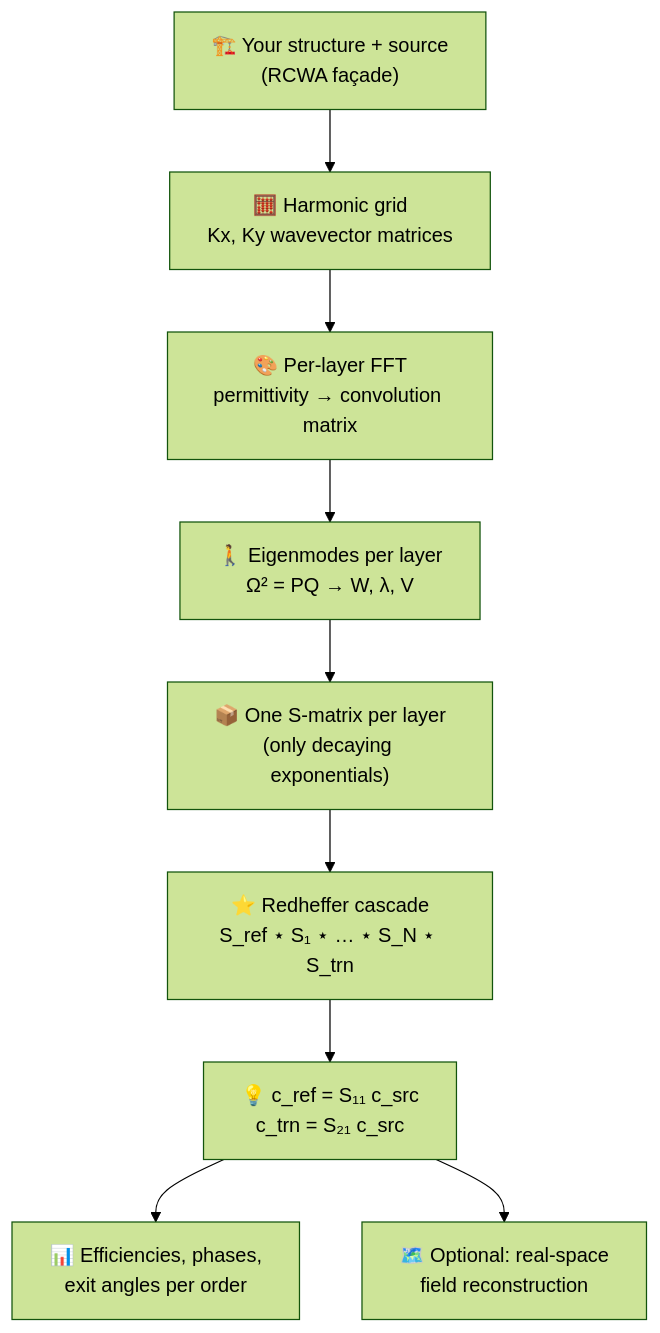
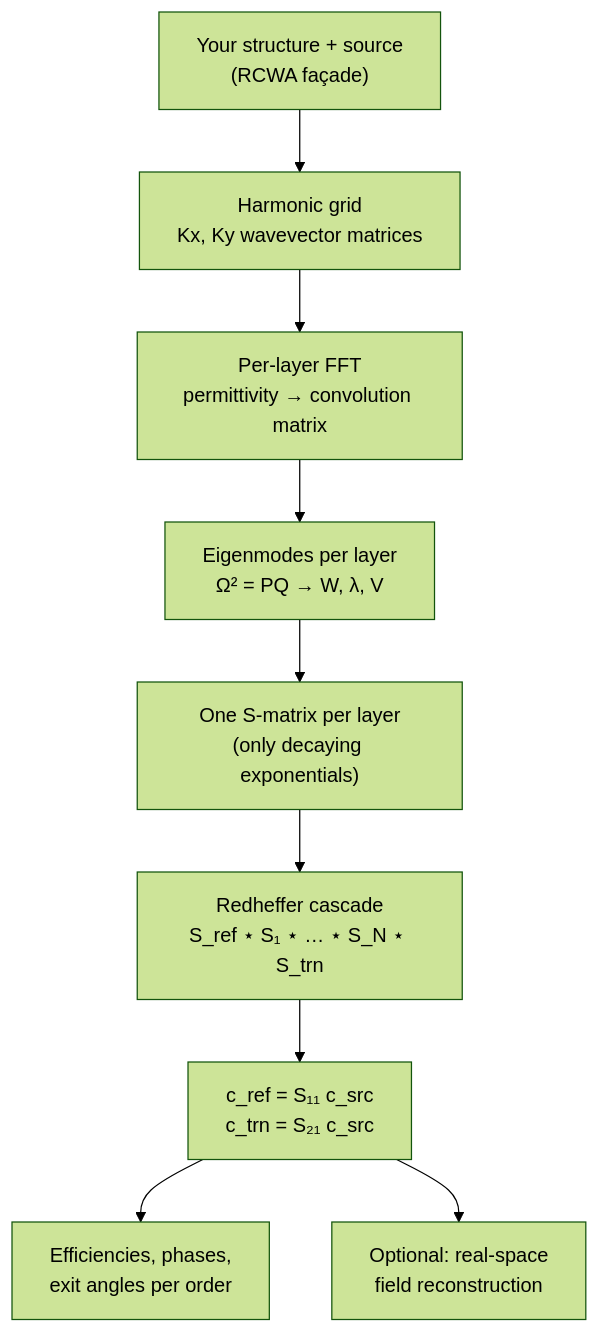
One commit to CAVITYtechnologies/ikarus changed the diagram in docs/theory.md. Above: the diagram before and after it, drawn with Mermaid (forest theme). The commit also changed other lines of this file and 29 other files, not shown here.

````diff
--- a/docs/theory.md
+++ b/docs/theory.md
@@ -103,11 +103,11 @@
 ```mermaid
 flowchart TD
-    A["🏗️ Your structure + source<br/>(RCWA façade)"] --> B["🧮 Harmonic grid<br/>Kx, Ky wavevector matrices"]
-    B --> C["🎨 Per-layer FFT<br/>permittivity → convolution matrix"]
-    C --> D["🚶 Eigenmodes per layer<br/>Ω² = PQ → W, λ, V"]
-    D --> E["📦 One S-matrix per layer<br/>(only decaying exponentials)"]
-    E --> F["⭐ Redheffer cascade<br/>S_ref ⋆ S₁ ⋆ … ⋆ S_N ⋆ S_trn"]
-    F --> G["💡 c_ref = S₁₁ c_src<br/>c_trn = S₂₁ c_src"]
-    G --> H["📊 Efficiencies, phases,<br/>exit angles per order"]
-    G --> I["🗺️ Optional: real-space<br/>field reconstruction"]
+    A["Your structure + source<br/>(RCWA façade)"] --> B["Harmonic grid<br/>Kx, Ky wavevector matrices"]
+    B --> C["Per-layer FFT<br/>permittivity → convolution matrix"]
+    C --> D["Eigenmodes per layer<br/>Ω² = PQ → W, λ, V"]
+    D --> E["One S-matrix per layer<br/>(only decaying exponentials)"]
+    E --> F["Redheffer cascade<br/>S_ref ⋆ S₁ ⋆ … ⋆ S_N ⋆ S_trn"]
+    F --> G["c_ref = S₁₁ c_src<br/>c_trn = S₂₁ c_src"]
+    G --> H["Efficiencies, phases,<br/>exit angles per order"]
+    G --> I["Optional: real-space<br/>field reconstruction"]
 ```
````
